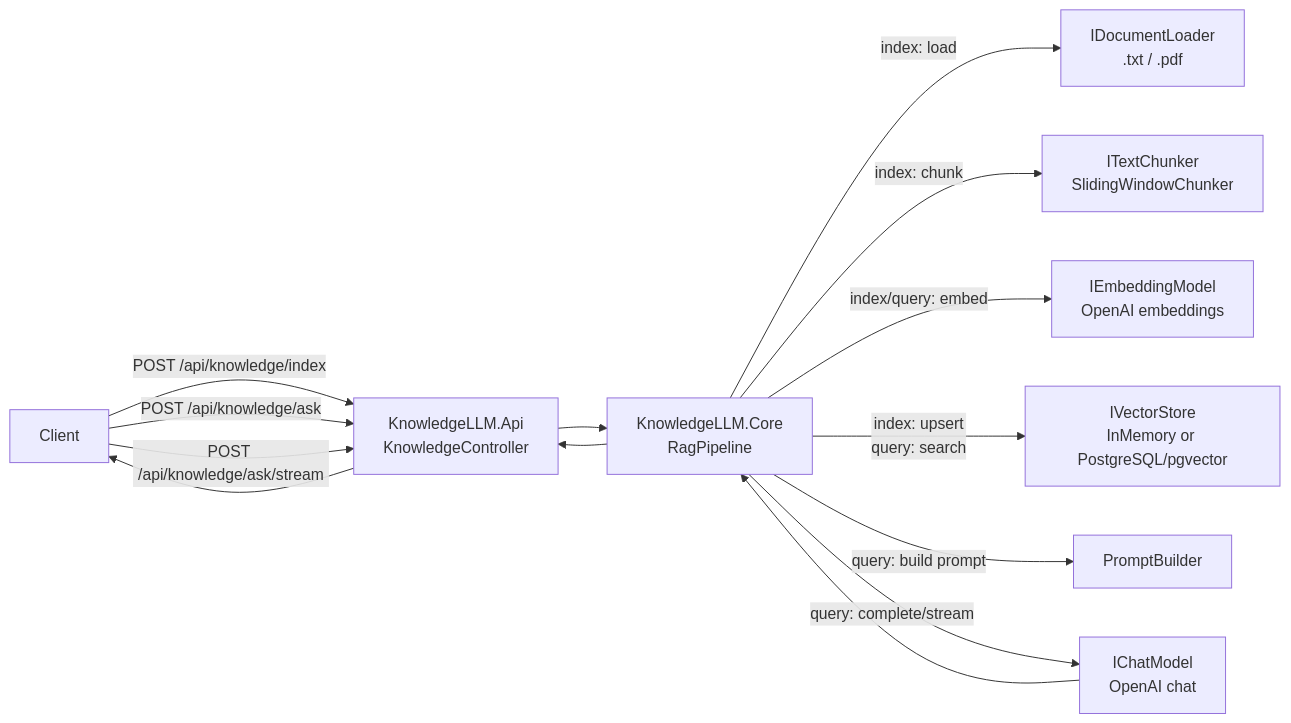
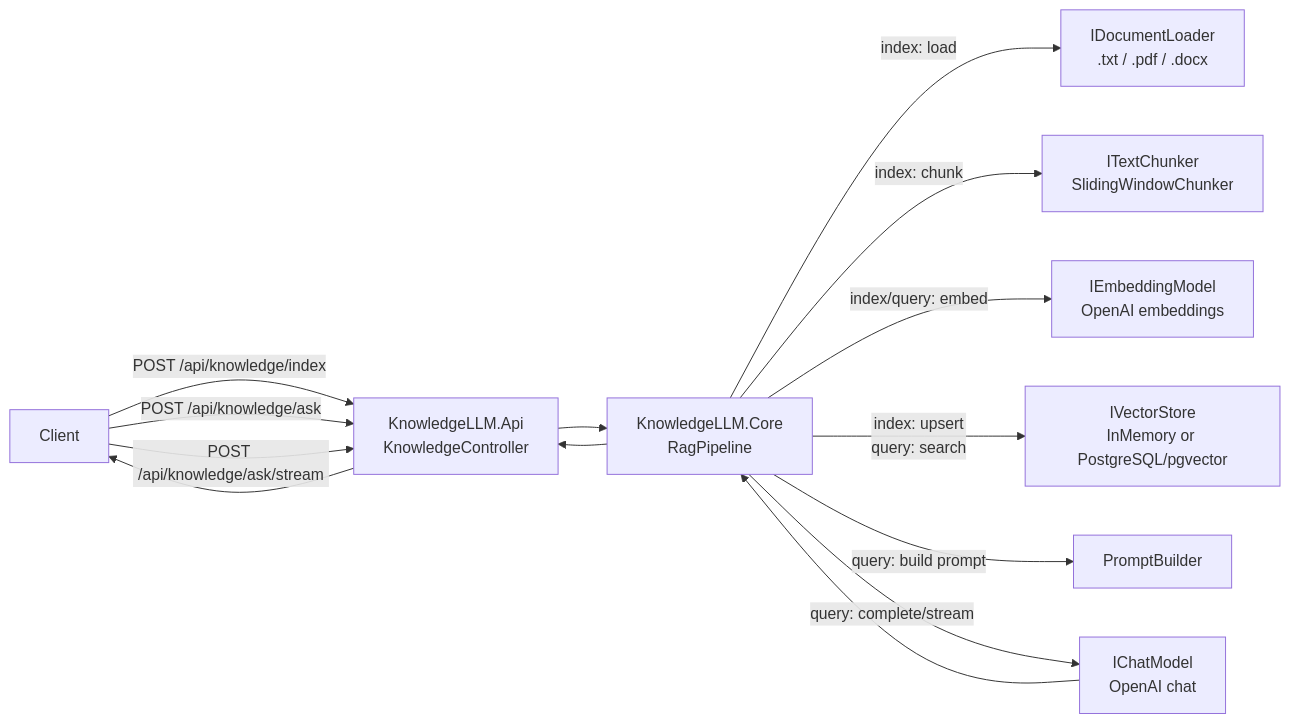
One commit to harshil-sh/KnowledgeLLM changed the first of 3 diagrams in docs/architecture.md. Above: the diagram before and after it, drawn with Mermaid. The commit also changed other lines of this file and 9 other files, not shown here.

````diff
--- a/docs/architecture.md
+++ b/docs/architecture.md
@@ -20,25 +20,25 @@
 ```mermaid
 flowchart LR
     Client[Client]
     API[KnowledgeLLM.Api\nKnowledgeController]
     Pipeline[KnowledgeLLM.Core\nRagPipeline]
-    Loader[IDocumentLoader\n.txt / .pdf]
+    Loader[IDocumentLoader\n.txt / .pdf / .docx]
     Chunker[ITextChunker\nSlidingWindowChunker]
     Embeddings[IEmbeddingModel\nOpenAI embeddings]
     Store[IVectorStore\nInMemory or PostgreSQL/pgvector]
     Prompt[PromptBuilder]
     Chat[IChatModel\nOpenAI chat]
 
     Client -->|POST /api/knowledge/index| API
     Client -->|POST /api/knowledge/ask| API
     Client -->|POST /api/knowledge/ask/stream| API
     API --> Pipeline
 
     Pipeline -->|index: load| Loader
     Pipeline -->|index: chunk| Chunker
     Pipeline -->|index/query: embed| Embeddings
     Pipeline -->|index: upsert\nquery: search| Store
     Pipeline -->|query: build prompt| Prompt
     Pipeline -->|query: complete/stream| Chat
     Chat --> Pipeline --> API --> Client
 ```
````
